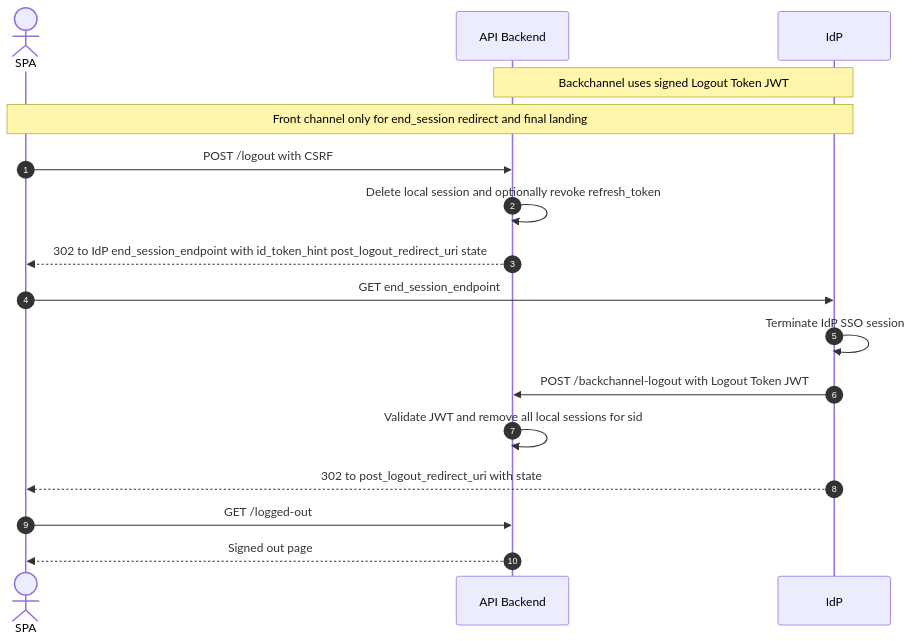
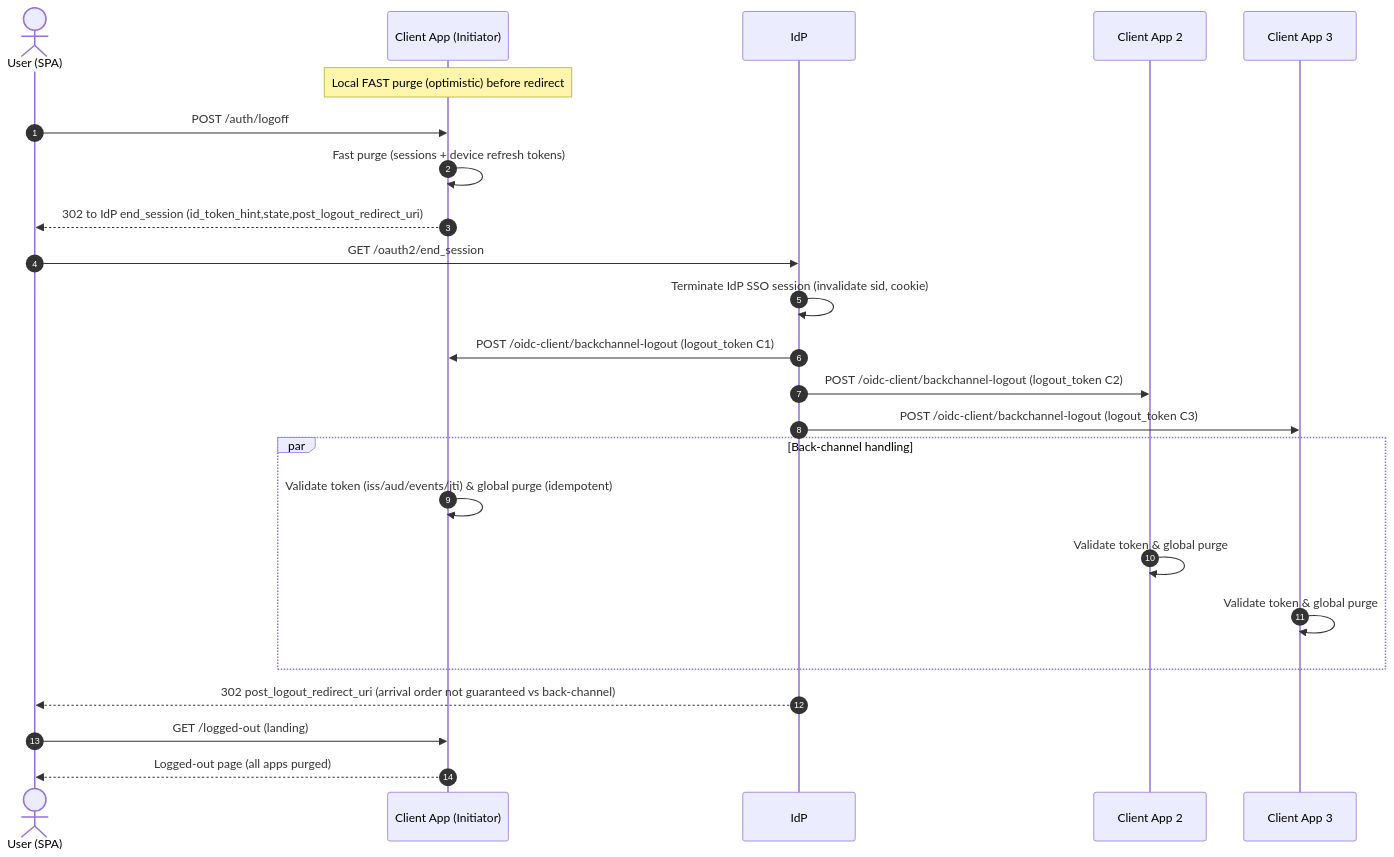
One commit to mcurros2/MicroMFramework changed the first of 3 diagrams in MicroM/core/Documentation/OIDC SLO flow.md. Above: the diagram before and after it, drawn with Mermaid. The commit also changed other lines of this file and 52 other files, not shown here.

First line of the commit message:
Refactor OIDC session handling and add logout support

````diff
--- a/MicroM/core/Documentation/OIDC SLO flow.md
+++ b/MicroM/core/Documentation/OIDC SLO flow.md
@@ -110,21 +177,27 @@
 ```mermaid
 sequenceDiagram
     autonumber
-    actor U as SPA
-    participant B as API Backend
-    participant I as IdP
+    actor U as User (SPA)
+    participant C1 as Client App (Initiator)
+    participant IDP as IdP
+    participant C2 as Client App 2
+    participant C3 as Client App 3
 
-    Note over B,I: Backchannel uses signed Logout Token JWT
-    Note over U,I: Front channel only for end_session redirect and final landing
-
-    U->>B: POST /logout with CSRF
-    B->>B: Delete local session and optionally revoke refresh_token
-    B-->>U: 302 to IdP end_session_endpoint with id_token_hint post_logout_redirect_uri state
-    U->>I: GET end_session_endpoint
-    I->>I: Terminate IdP SSO session
-    I->>B: POST /backchannel-logout with Logout Token JWT
-    B->>B: Validate JWT and remove all local sessions for sid
-    I-->>U: 302 to post_logout_redirect_uri with state
-    U->>B: GET /logged-out
-    B-->>U: Signed out page
+    Note over C1: Local FAST purge (optimistic) before redirect
+    U->>C1: POST /auth/logoff
+    C1->>C1: Fast purge (sessions + device refresh tokens)
+    C1-->>U: 302 to IdP end_session (id_token_hint,state,post_logout_redirect_uri)
+    U->>IDP: GET /oauth2/end_session
+    IDP->>IDP: Terminate IdP SSO session (invalidate sid, cookie)
+    IDP->>C1: POST /oidc-client/backchannel-logout (logout_token C1)
+    IDP->>C2: POST /oidc-client/backchannel-logout (logout_token C2)
+    IDP->>C3: POST /oidc-client/backchannel-logout (logout_token C3)
+    par Back-channel handling
+        C1->>C1: Validate token (iss/aud/events/jti) & global purge (idempotent)
+        C2->>C2: Validate token & global purge
+        C3->>C3: Validate token & global purge
+    end
+    IDP-->>U: 302 post_logout_redirect_uri (arrival order not guaranteed vs back-channel)
+    U->>C1: GET /logged-out (landing)
+    C1-->>U: Logged-out page (all apps purged)
 ```
````
